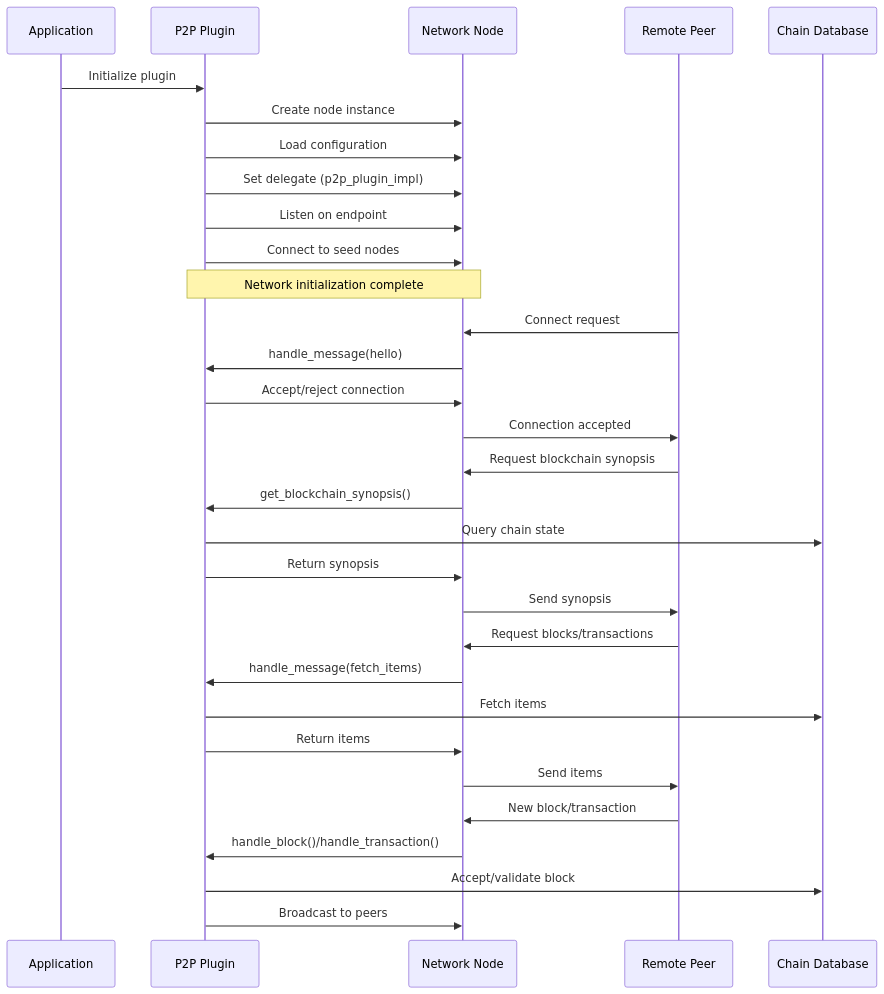
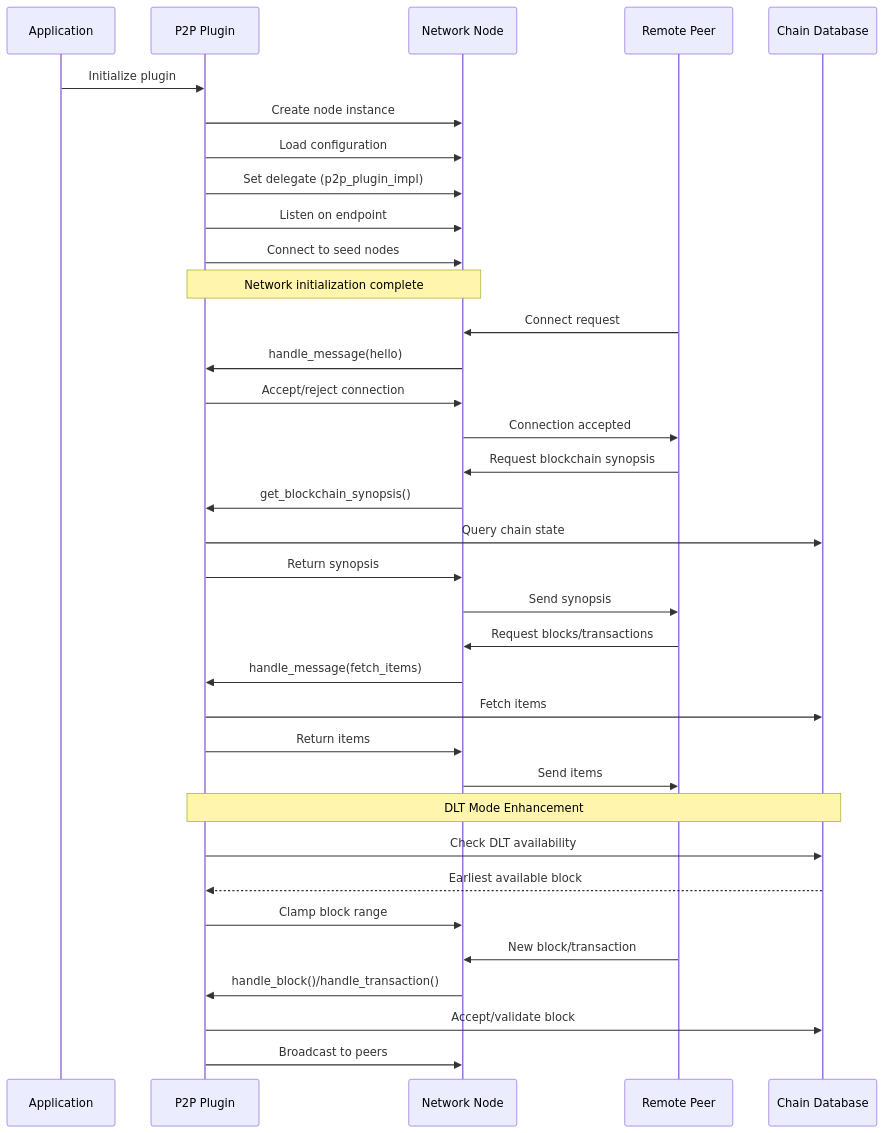
The fourth of 25 diagrams in .qoder/repowiki/en/content/P2p Plugin.md (VIZ-Blockchain/viz-cpp-node), drawn with Mermaid before and after one commit. The commit also changed other lines of this file and 4 other files, not shown here.

First line of the commit message:
feat(dlt_block_log): add comprehensive block range management and enhanced P2P sync

````diff
--- a/.qoder/repowiki/en/content/P2p Plugin.md
+++ b/.qoder/repowiki/en/content/P2p Plugin.md
@@ -230,33 +247,37 @@
 ```mermaid
 sequenceDiagram
 participant App as Application
 participant P2P as P2P Plugin
 participant Node as Network Node
 participant Peer as Remote Peer
 participant Chain as Chain Database
 App->>P2P : Initialize plugin
 P2P->>Node : Create node instance
 P2P->>Node : Load configuration
 P2P->>Node : Set delegate (p2p_plugin_impl)
 P2P->>Node : Listen on endpoint
 P2P->>Node : Connect to seed nodes
 Note over P2P,Node : Network initialization complete
 Peer->>Node : Connect request
 Node->>P2P : handle_message(hello)
 P2P->>Node : Accept/reject connection
 Node->>Peer : Connection accepted
 Peer->>Node : Request blockchain synopsis
 Node->>P2P : get_blockchain_synopsis()
 P2P->>Chain : Query chain state
 P2P->>Node : Return synopsis
 Node->>Peer : Send synopsis
 Peer->>Node : Request blocks/transactions
 Node->>P2P : handle_message(fetch_items)
 P2P->>Chain : Fetch items
 P2P->>Node : Return items
 Node->>Peer : Send items
+Note over P2P,Chain : DLT Mode Enhancement
+P2P->>Chain : Check DLT availability
+Chain-->>P2P : Earliest available block
+P2P->>Node : Clamp block range
 Peer->>Node : New block/transaction
 Node->>P2P : handle_block()/handle_transaction()
 P2P->>Chain : Accept/validate block
 P2P->>Node : Broadcast to peers
 ```
````
